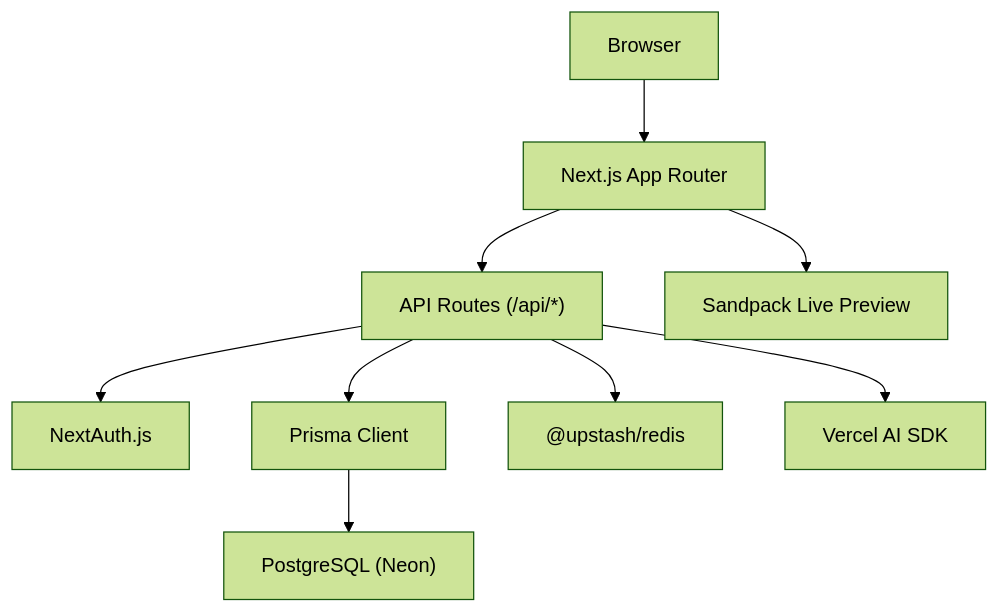
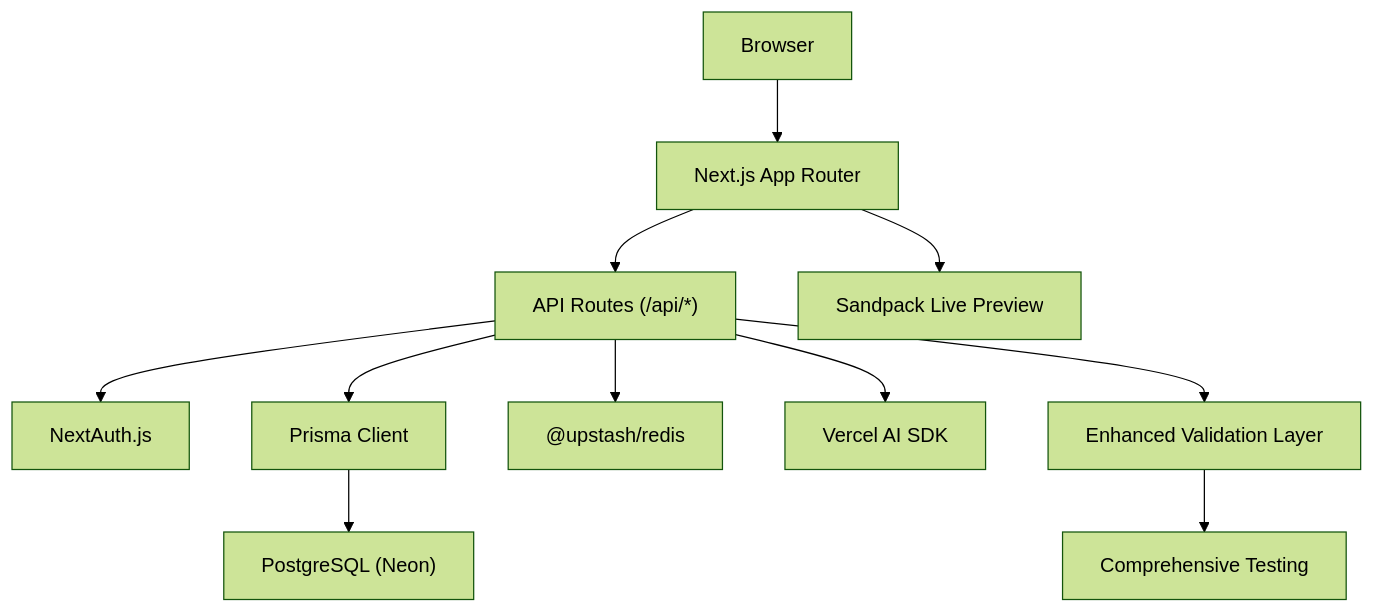
One commit to shekhargiri005-dotcom/AI-powered-accessibility-first-UI-engine changed the second of 8 diagrams in .qoder/repowiki/en/content/Architecture & Design/Technology Stack.md. Above: the diagram before and after it, drawn with Mermaid (forest theme). The commit also changed other lines of this file and 7 other files, not shown here.

````diff
--- a/.qoder/repowiki/en/content/Architecture & Design/Technology Stack.md
+++ b/.qoder/repowiki/en/content/Architecture & Design/Technology Stack.md
@@ -142,20 +179,24 @@
 ```mermaid
 graph TB
 Browser["Browser"]
 Next["Next.js App Router"]
 API["API Routes (/api/*)"]
 Auth["NextAuth.js"]
 Prisma["Prisma Client"]
 DB["PostgreSQL (Neon)"]
 Redis["@upstash/redis"]
 Sandpack["Sandpack Live Preview"]
 AISDK["Vercel AI SDK"]
+Validation["Enhanced Validation Layer"]
+Testing["Comprehensive Testing"]
 Browser --> Next
 Next --> API
 API --> Auth
 API --> Prisma
 Prisma --> DB
 API --> Redis
 API --> AISDK
+API --> Validation
+Validation --> Testing
 Next --> Sandpack
 ```
````
